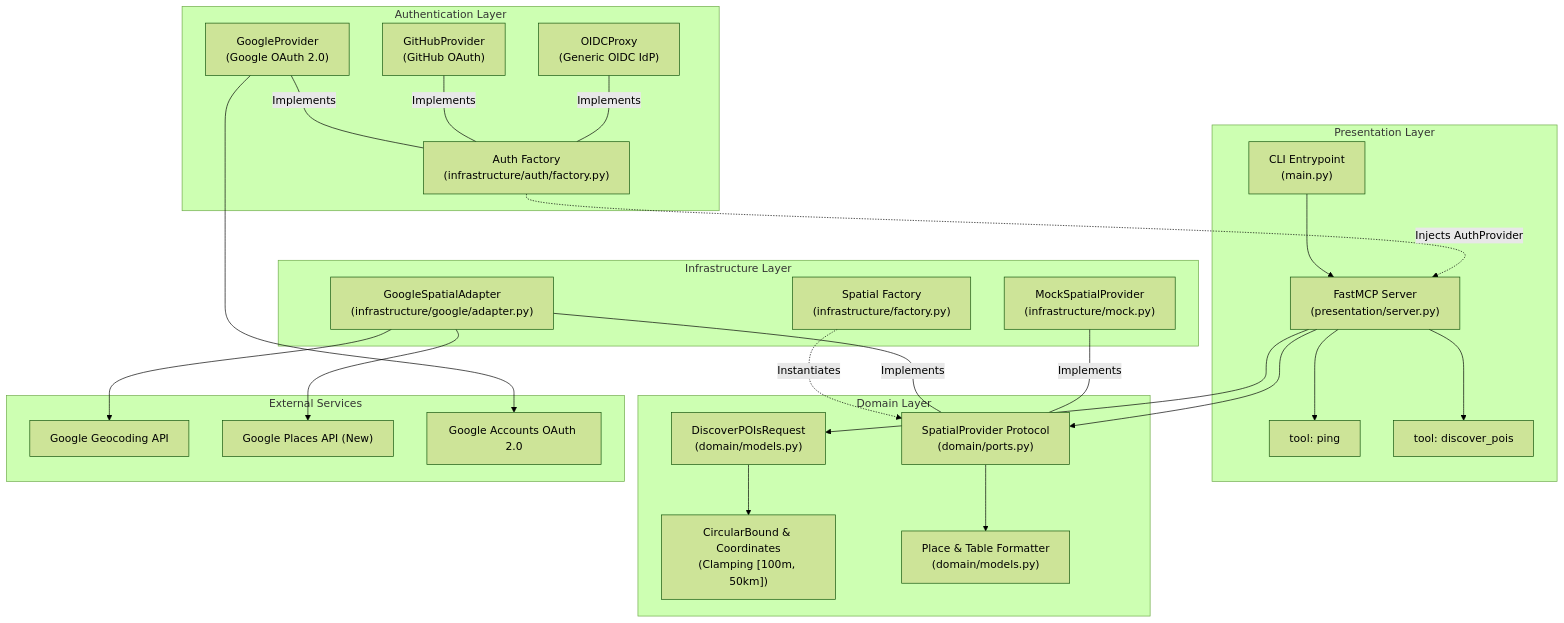
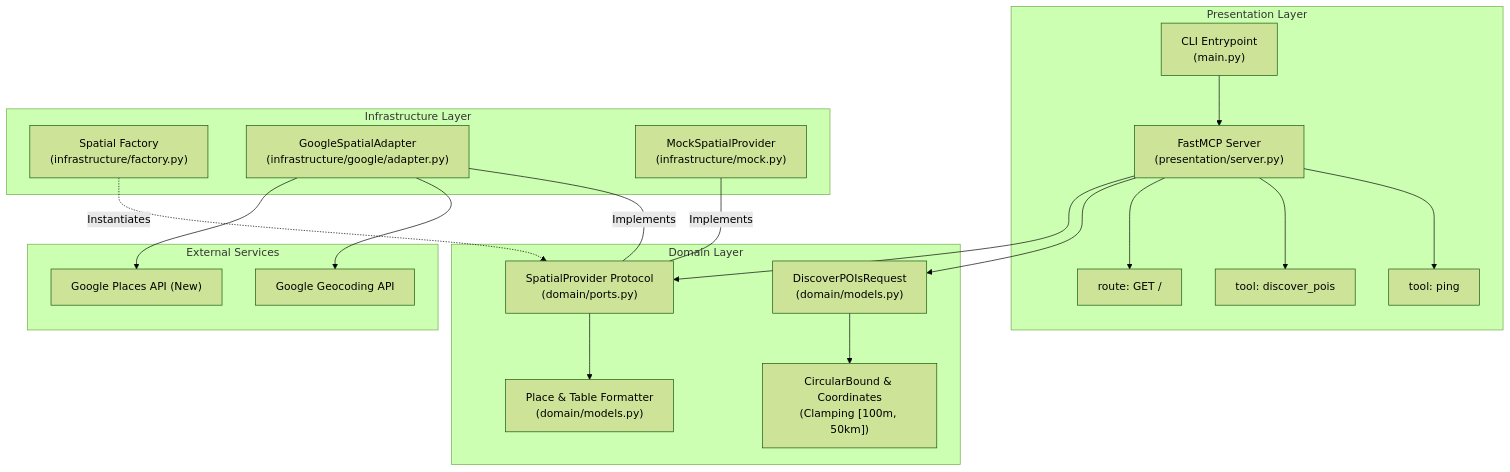
The first of 5 diagrams in README.md (anshulpatel25/paridhi), drawn with Mermaid (forest theme) before and after one commit. The commit also changed other lines of this file and 12 other files, not shown here.

Commit message:
Removed authentication layer

````diff
--- a/README.md
+++ b/README.md
@@ -30,34 +29,27 @@
 ```mermaid
 graph TD
     subgraph Presentation Layer
         CLI["CLI Entrypoint<br/>(main.py)"] --> Server["FastMCP Server<br/>(presentation/server.py)"]
         Server --> Tool1["tool: ping"]
         Server --> Tool2["tool: discover_pois"]
-    end
-
-    subgraph Authentication Layer
-        AuthFactory["Auth Factory<br/>(infrastructure/auth/factory.py)"] -.->|Injects AuthProvider| Server
-        GoogleIdP["GoogleProvider<br/>(Google OAuth 2.0)"] ---|Implements| AuthFactory
-        GitHubIdP["GitHubProvider<br/>(GitHub OAuth)"] ---|Implements| AuthFactory
-        OIDCIdP["OIDCProxy<br/>(Generic OIDC IdP)"] ---|Implements| AuthFactory
+        Server --> RootRoute["route: GET /"]
     end
 
     subgraph Domain Layer
         Server --> RequestModel["DiscoverPOIsRequest<br/>(domain/models.py)"]
         RequestModel --> Bounds["CircularBound & Coordinates<br/>(Clamping [100m, 50km])"]
         Server --> Port["SpatialProvider Protocol<br/>(domain/ports.py)"]
         Port --> PlaceModel["Place & Table Formatter<br/>(domain/models.py)"]
     end
 
     subgraph Infrastructure Layer
         Factory["Spatial Factory<br/>(infrastructure/factory.py)"] -.->|Instantiates| Port
         GoogleAdapter["GoogleSpatialAdapter<br/>(infrastructure/google/adapter.py)"] ---|Implements| Port
         MockAdapter["MockSpatialProvider<br/>(infrastructure/mock.py)"] ---|Implements| Port
     end
 
     subgraph External Services
         GoogleAdapter --> GeocodingAPI["Google Geocoding API"]
         GoogleAdapter --> PlacesAPI["Google Places API (New)"]
-        GoogleIdP --> GoogleAccounts["Google Accounts OAuth 2.0"]
     end
 ```
````
